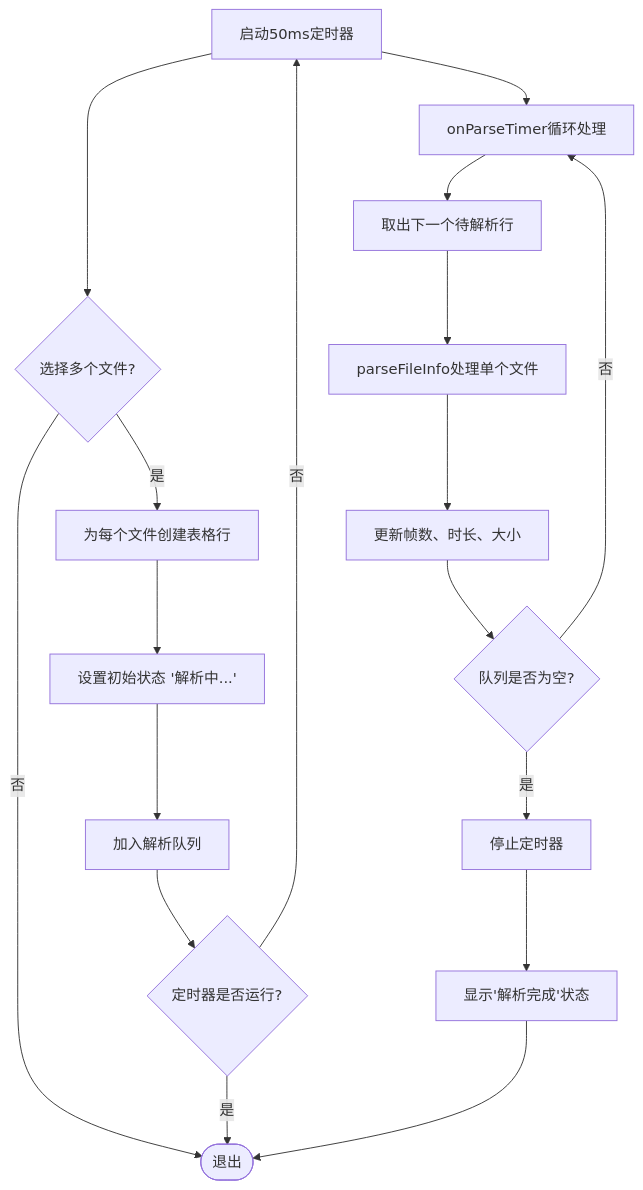
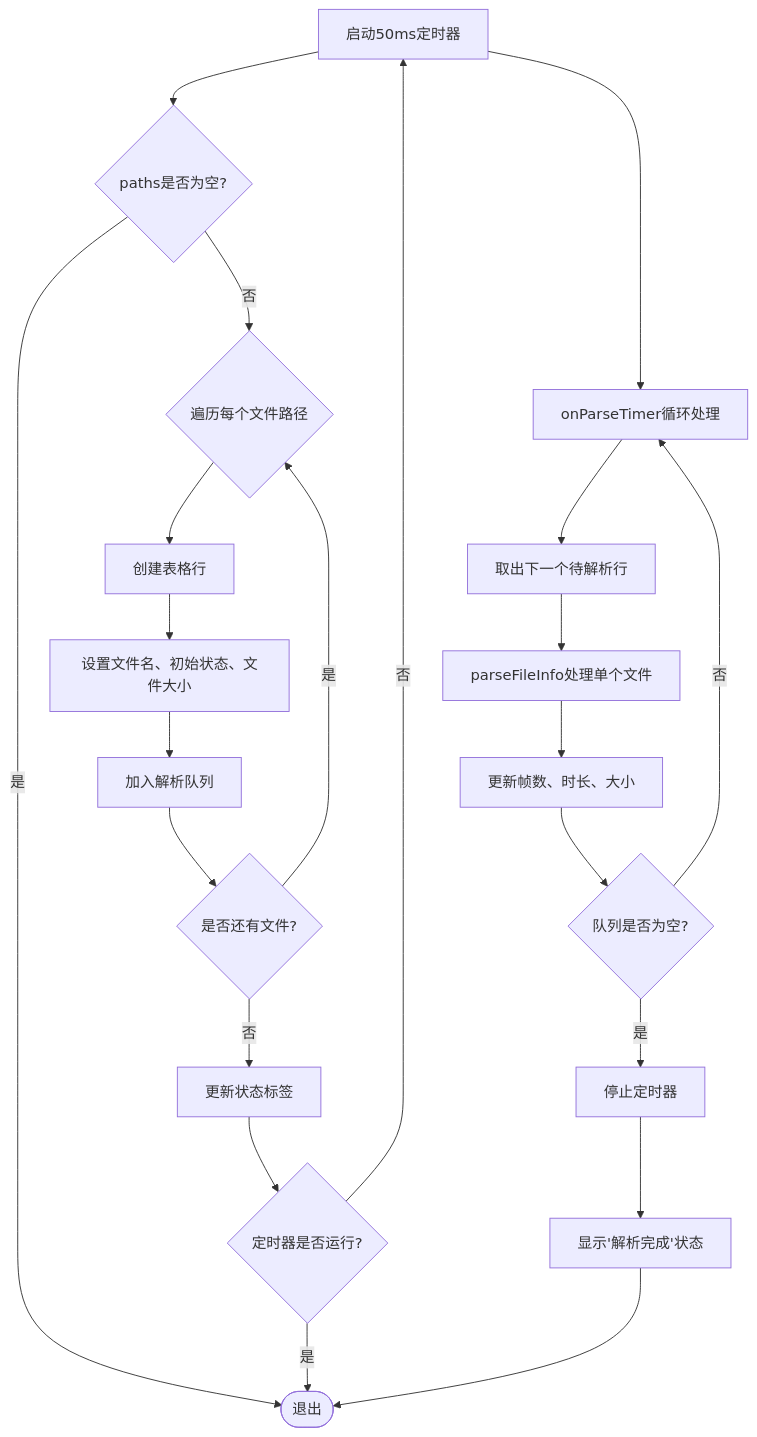
The fourth of 5 diagrams in .qoder/repowiki/zh/content/架构设计/UI系统设计/离线分析Tab组件.md (jakecai1225-design/OpenBus), drawn with Mermaid before and after one commit. The commit also changed other lines of this file and 12 other files, not shown here.

Commit message:
graphic回放bug

````diff
--- a/.qoder/repowiki/zh/content/架构设计/UI系统设计/离线分析Tab组件.md
+++ b/.qoder/repowiki/zh/content/架构设计/UI系统设计/离线分析Tab组件.md
@@ -183,20 +206,24 @@
 ```mermaid
 flowchart TD
-Start(["进入 onAddFile"]) --> SelectFiles{"选择多个文件?"}
-SelectFiles --> |否| End(["退出"])
-SelectFiles --> |是| CreateRows["为每个文件创建表格行"]
-CreateRows --> SetStatus["设置初始状态 '解析中...'"]
-SetStatus --> Enqueue["加入解析队列"]
-Enqueue --> StartTimer{"定时器是否运行?"}
+Start(["进入 addFiles"]) --> CheckEmpty{"paths是否为空?"}
+CheckEmpty --> |是| End(["退出"])
+CheckEmpty --> |否| LoopFiles{"遍历每个文件路径"}
+LoopFiles --> CreateRow["创建表格行"]
+CreateRow --> SetData["设置文件名、初始状态、文件大小"]
+SetData --> Enqueue["加入解析队列"]
+Enqueue --> NextFile{"是否还有文件?"}
+NextFile --> |是| LoopFiles
+NextFile --> |否| UpdateStatus["更新状态标签"]
+UpdateStatus --> StartTimer{"定时器是否运行?"}
 StartTimer --> |否| Start["启动50ms定时器"]
 StartTimer --> |是| End
 Start --> ParseLoop["onParseTimer循环处理"]
 ParseLoop --> Dequeue["取出下一个待解析行"]
 Dequeue --> ParseOne["parseFileInfo处理单个文件"]
 ParseOne --> UpdateStats["更新帧数、时长、大小"]
 UpdateStats --> CheckQueue{"队列是否为空?"}
 CheckQueue --> |否| ParseLoop
 CheckQueue --> |是| StopTimer["停止定时器"]
 StopTimer --> ShowComplete["显示'解析完成'状态"]
 ShowComplete --> End
 ```
````
